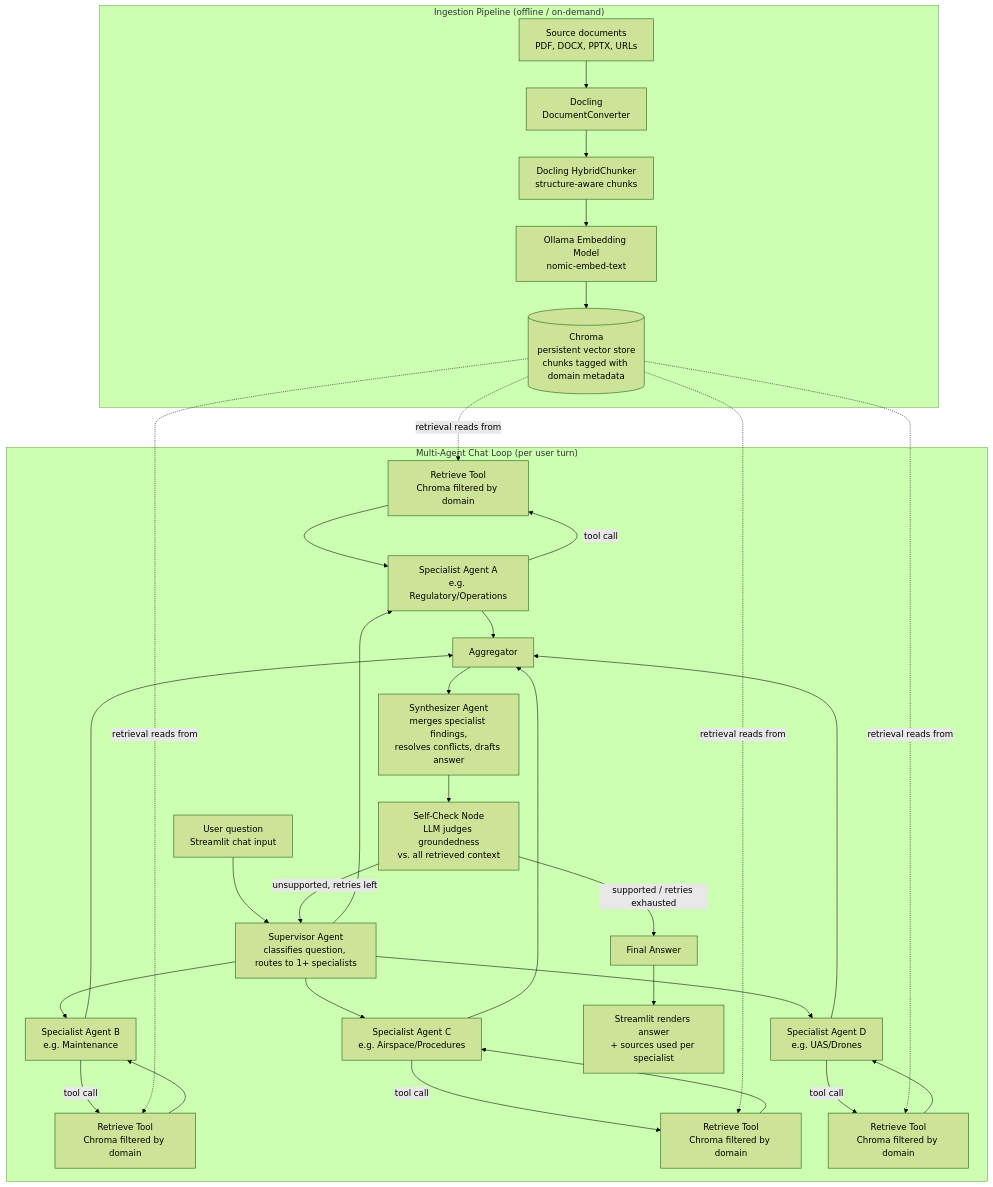
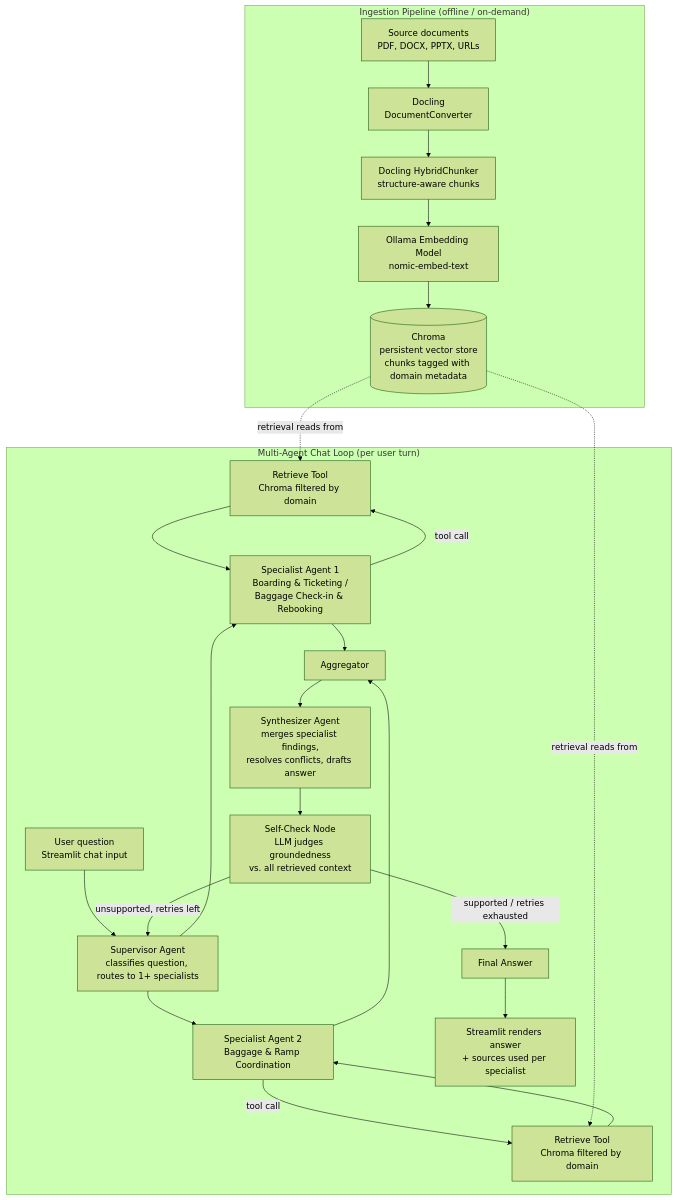
Before and after one commit to ckraft-bot/local_gate_agent: the diagram in agentic-rag-architecture.md, drawn with Mermaid (forest theme). The commit also changed other lines of this file and 9 other files, not shown here.

````diff
--- a/agentic-rag-architecture.md
+++ b/agentic-rag-architecture.md
@@ -11,43 +11,33 @@
 ```mermaid
 flowchart TD
     subgraph Ingestion["Ingestion Pipeline (offline / on-demand)"]
         A[Source documents<br/>PDF, DOCX, PPTX, URLs] --> B[Docling<br/>DocumentConverter]
         B --> C[Docling HybridChunker<br/>structure-aware chunks]
         C --> D[Ollama Embedding Model<br/>nomic-embed-text]
         D --> E[(Chroma<br/>persistent vector store<br/>chunks tagged with domain metadata)]
     end
 
     subgraph ChatLoop["Multi-Agent Chat Loop (per user turn)"]
         F[User question<br/>Streamlit chat input] --> S[Supervisor Agent<br/>classifies question, routes to 1+ specialists]
 
-        S --> R1[Specialist Agent A<br/>e.g. Regulatory/Operations]
-        S --> R2[Specialist Agent B<br/>e.g. Maintenance]
-        S --> R3[Specialist Agent C<br/>e.g. Airspace/Procedures]
-        S --> R4[Specialist Agent D<br/>e.g. UAS/Drones]
+        S --> R1[Specialist Agent 1<br/>Boarding & Ticketing /<br/>Baggage Check-in & Rebooking]
+        S --> R2[Specialist Agent 2<br/>Baggage & Ramp Coordination]
 
         R1 -->|tool call| T1[Retrieve Tool<br/>Chroma filtered by domain]
         R2 -->|tool call| T2[Retrieve Tool<br/>Chroma filtered by domain]
-        R3 -->|tool call| T3[Retrieve Tool<br/>Chroma filtered by domain]
-        R4 -->|tool call| T4[Retrieve Tool<br/>Chroma filtered by domain]
         T1 --> R1
         T2 --> R2
-        T3 --> R3
-        T4 --> R4
 
         R1 --> AG[Aggregator]
         R2 --> AG
-        R3 --> AG
-        R4 --> AG
 
         AG --> Y[Synthesizer Agent<br/>merges specialist findings,<br/>resolves conflicts, drafts answer]
         Y --> I[Self-Check Node<br/>LLM judges groundedness<br/>vs. all retrieved context]
         I -->|unsupported, retries left| S
         I -->|supported / retries exhausted| J[Final Answer]
         J --> K[Streamlit renders answer<br/>+ sources used per specialist]
     end
 
     E -.retrieval reads from.-> T1
     E -.retrieval reads from.-> T2
-    E -.retrieval reads from.-> T3
-    E -.retrieval reads from.-> T4
 ```
````
